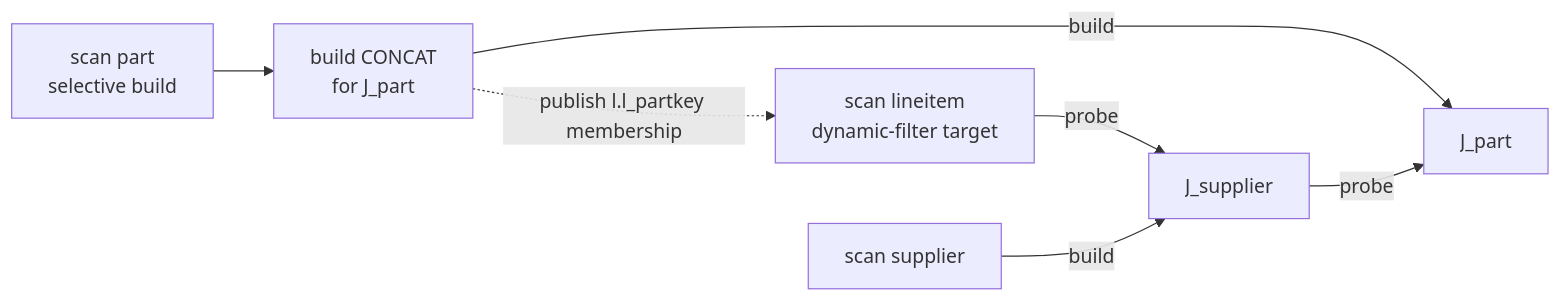
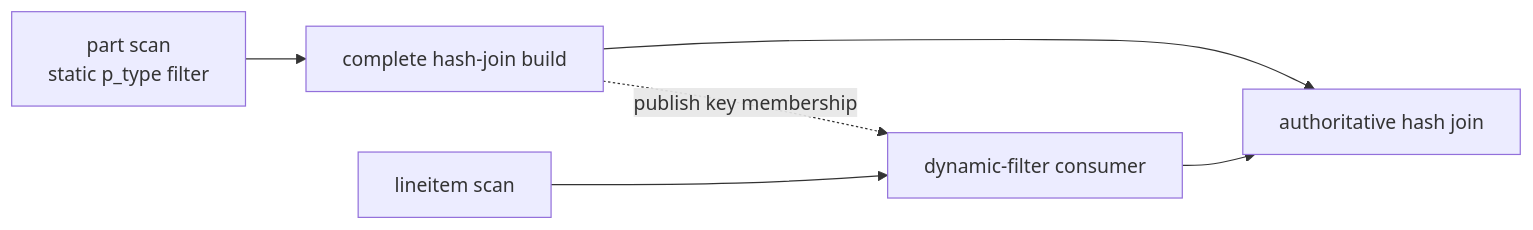
Before and after one commit to sirius-db/sirius: the first of 2 diagrams in docs/super-sirius/dynamic-filters.md, drawn with Mermaid. The commit also changed other lines of this file and 1 other file, not shown here.

````diff
--- a/docs/super-sirius/dynamic-filters.md
+++ b/docs/super-sirius/dynamic-filters.md
@@ -297,7 +25,8 @@
 ```mermaid
 flowchart LR
-    PART["scan part<br/>selective build"] --> BC["build CONCAT<br/>for J_part"] -->|"build"| JP["J_part"]
-    LINE["scan lineitem<br/>dynamic-filter target"] -->|"probe"| JS["J_supplier"] -->|"probe"| JP
-    SUP["scan supplier"] -->|"build"| JS
-    BC -. "publish l.l_partkey membership" .-> LINE
+    P["part scan<br/>static p_type filter"] --> B["complete hash-join build"]
+    L["lineitem scan"] --> D["dynamic-filter consumer"]
+    B -. "publish key membership" .-> D
+    B --> J["authoritative hash join"]
+    D --> J
 ```
````
